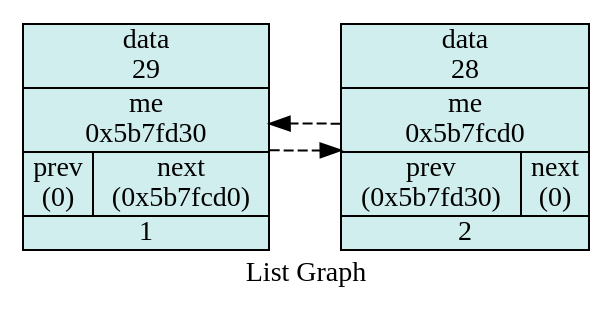
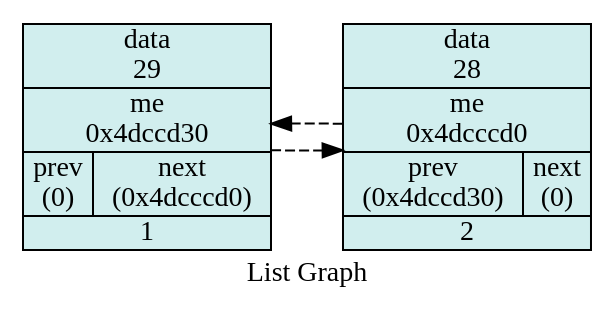
The diagram in 5_list/txt/graph_list.dot (StaVan28/iLab), drawn with Graphviz before and after one commit. The commit also changed 53 other files, not shown here.

```diff
--- a/5_list/txt/graph_list.dot
+++ b/5_list/txt/graph_list.dot
@@ -1,14 +1,14 @@
 digraph List {
 
 	node [shape = "circle", style = "filled", fillcolor = "salmon1", fontcolor = "#000000", margin = "0.01"];
 	edge [style = "dashed"];
 	rankdir = "LR"
 
 	label = "List Graph";
 
-	"V0x5b7fd30"[shape = "record", fillcolor="lightcyan2", label = "    data\n29 |    me\n0x5b7fd30 | {prev\n(0) |  next\n(0x5b7fcd0)} | <f0> 1"];
-	"V0x5b7fcd0"[shape = "record", fillcolor="lightcyan2", label = "    data\n28 |    me\n0x5b7fcd0 | {prev\n(0x5b7fd30) |  next\n(0)} | <f0> 2"];
+	"V0x4dccd30"[shape = "record", fillcolor="lightcyan2", label = "    data\n29 |    me\n0x4dccd30 | {prev\n(0) |  next\n(0x4dcccd0)} | <f0> 1"];
+	"V0x4dcccd0"[shape = "record", fillcolor="lightcyan2", label = "    data\n28 |    me\n0x4dcccd0 | {prev\n(0x4dccd30) |  next\n(0)} | <f0> 2"];
 
-	"V0x5b7fd30"->"V0x5b7fcd0";
-	"V0x5b7fcd0"->"V0x5b7fd30";
+	"V0x4dccd30"->"V0x4dcccd0";
+	"V0x4dcccd0"->"V0x4dccd30";
 }
```
